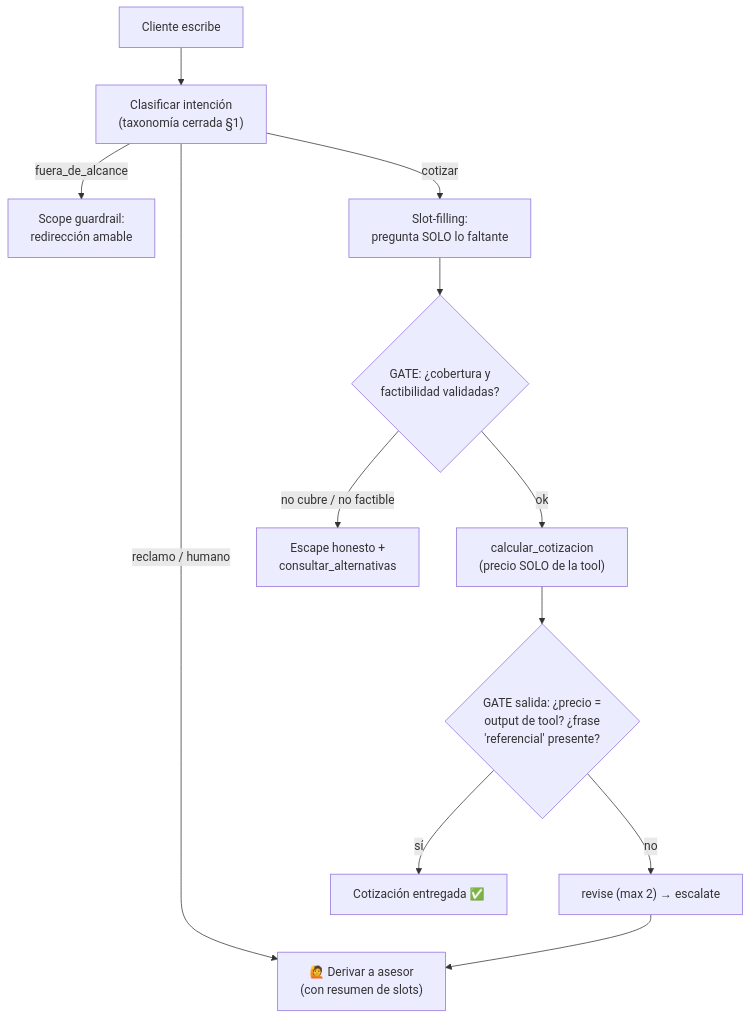
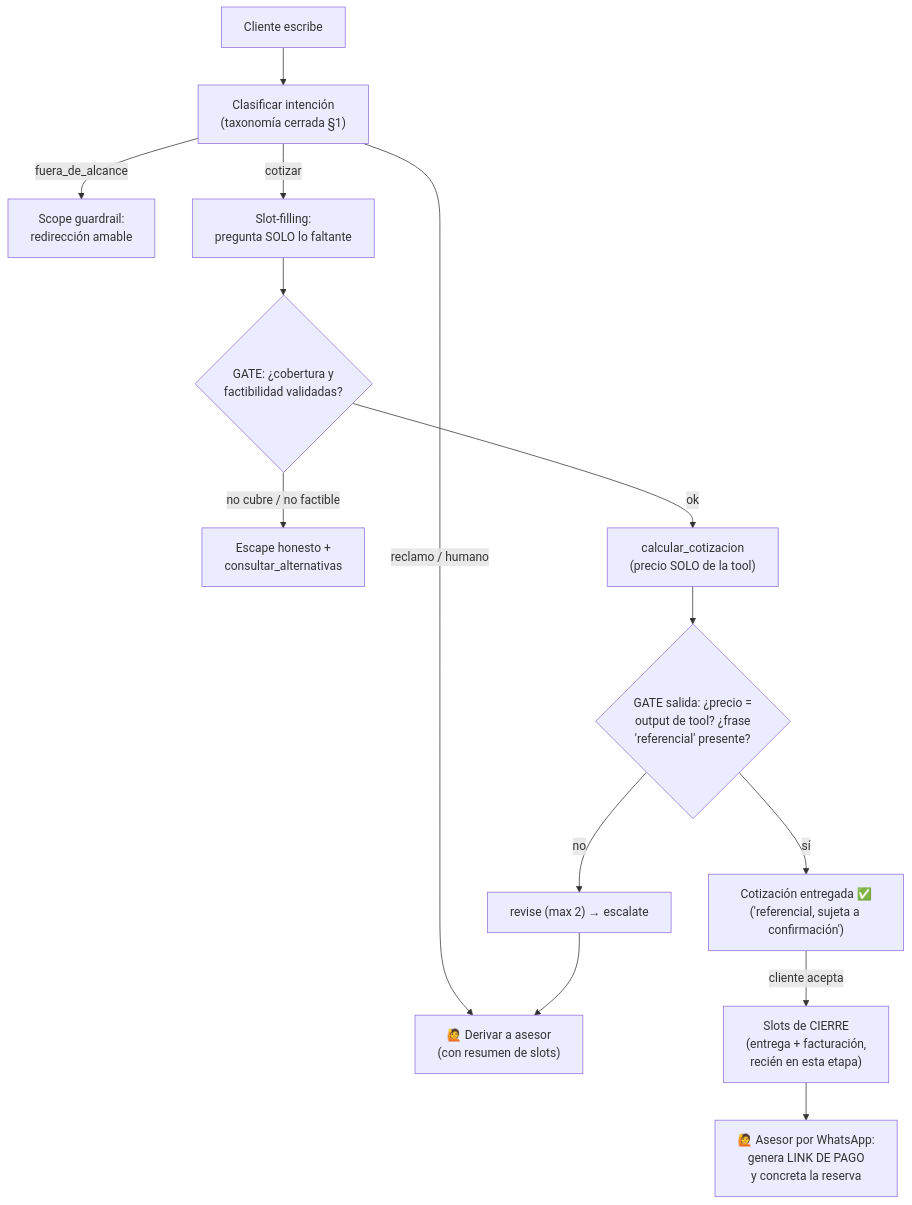
The diagram in profile-card/agentic-profile-card-grupo5-v3.md (i820189/diseno_agentes), drawn with Mermaid before and after one commit. The commit also changed other lines of this file and 5 other files, not shown here.

````diff
--- a/profile-card/agentic-profile-card-grupo5-v3.md
+++ b/profile-card/agentic-profile-card-grupo5-v3.md
@@ -121,13 +129,15 @@
 ```mermaid
 flowchart TD
     A["Cliente escribe"] --> B["Clasificar intención<br/>(taxonomía cerrada §1)"]
     B -- "fuera_de_alcance" --> X["Scope guardrail:<br/>redirección amable"]
     B -- "reclamo / humano" --> H["🙋 Derivar a asesor<br/>(con resumen de slots)"]
     B -- "cotizar" --> C["Slot-filling:<br/>pregunta SOLO lo faltante"]
     C --> D{"GATE: ¿cobertura y<br/>factibilidad validadas?"}
     D -- "no cubre / no factible" --> E["Escape honesto +<br/>consultar_alternativas"]
     D -- "ok" --> F["calcular_cotizacion<br/>(precio SOLO de la tool)"]
     F --> G{"GATE salida: ¿precio =<br/>output de tool? ¿frase<br/>'referencial' presente?"}
-    G -- "sí" --> R["Cotización entregada ✅"]
+    G -- "sí" --> R["Cotización entregada ✅<br/>('referencial, sujeta a confirmación')"]
     G -- "no" --> C2["revise (max 2) → escalate"] --> H
+    R -- "cliente acepta" --> S["Slots de CIERRE<br/>(entrega + facturación,<br/>recién en esta etapa)"]
+    S --> H2["🙋 Asesor por WhatsApp:<br/>genera LINK DE PAGO<br/>y concreta la reserva"]
 ```
````
